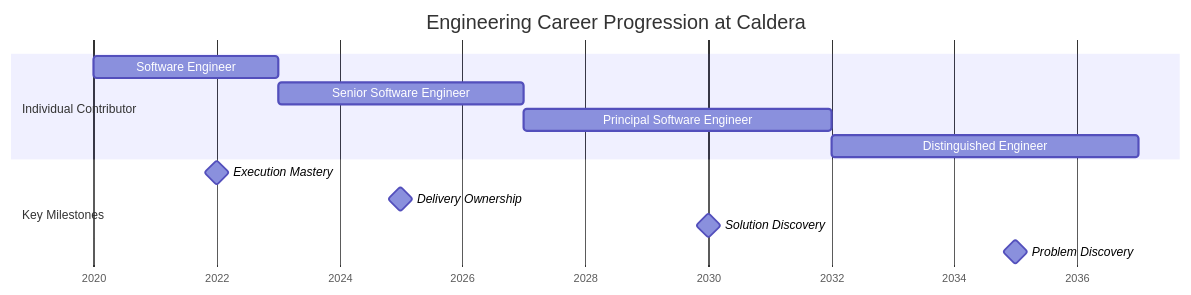
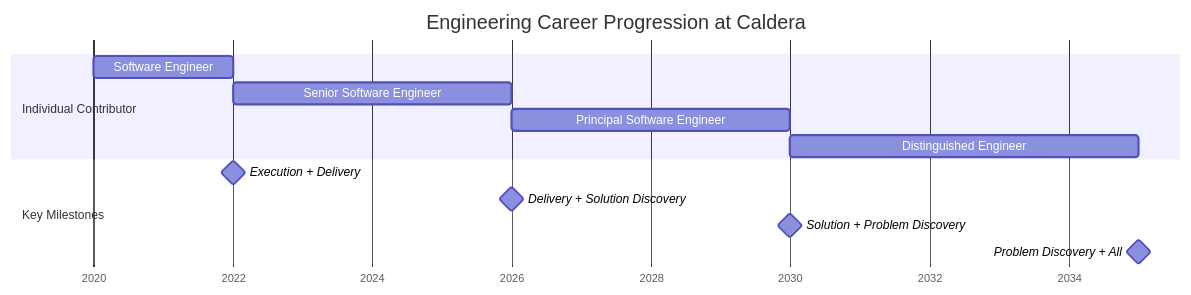
One commit to withcaldera/engineering-framework changed the third of 5 diagrams in frameworks/progression-matrix.md. Above: the diagram before and after it, drawn with Mermaid. The commit also changed other lines of this file and 6 other files, not shown here.

````diff
--- a/frameworks/progression-matrix.md
+++ b/frameworks/progression-matrix.md
@@ -200,18 +203,18 @@
 ```mermaid
 gantt
     title Engineering Career Progression at Caldera
     dateFormat YYYY
     axisFormat %Y
-    
+
     section Individual Contributor
-    Software Engineer           :se, 2020, 3y
-    Senior Software Engineer    :senior, 2023, 4y
-    Principal Software Engineer :principal, 2027, 5y
-    Distinguished Engineer      :distinguished, 2032, 5y
-    
+    Software Engineer           :se, 2020, 2y
+    Senior Software Engineer    :senior, 2022, 4y
+    Principal Software Engineer :principal, 2026, 4y
+    Distinguished Engineer      :distinguished, 2030, 5y
+
     section Key Milestones
-    Execution Mastery          :milestone, 2022, 0y
-    Delivery Ownership         :milestone, 2025, 0y
-    Solution Discovery         :milestone, 2030, 0y
-    Problem Discovery          :milestone, 2035, 0y
+    Execution + Delivery       :milestone, 2022, 0y
+    Delivery + Solution Discovery :milestone, 2026, 0y
+    Solution + Problem Discovery  :milestone, 2030, 0y
+    Problem Discovery + All    :milestone, 2035, 0y
 ```
````
